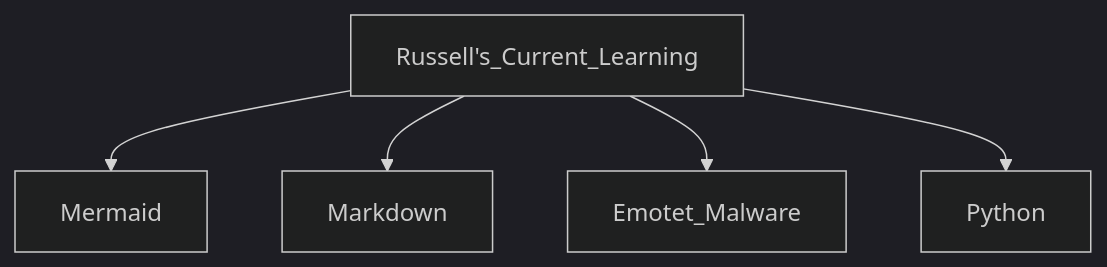
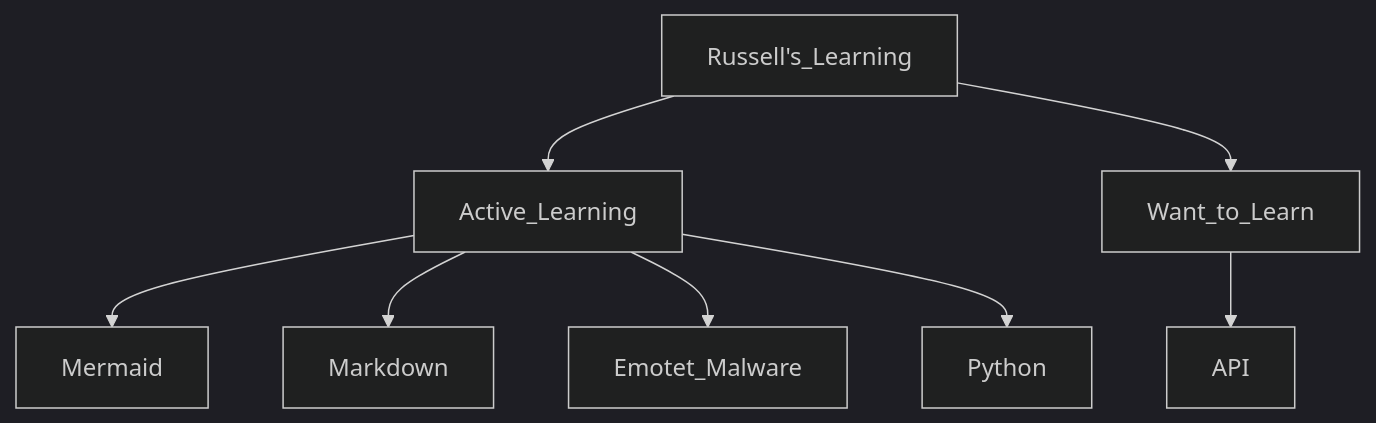
The diagram in _posts/2026-11-09-current-learning.md (jalar71/jalar71.github.io), drawn with Mermaid (dark theme) before and after one commit. The commit also changed other lines of this file, not shown here.

Commit message:
Revise Mermaid diagram for current learning
Updated the Mermaid diagram to reflect current learning topics.

````diff
--- a/_posts/2026-11-09-current-learning.md
+++ b/_posts/2026-11-09-current-learning.md
@@ -15,7 +15,10 @@
 ```mermaid
-graph TD
-Russell's_Current_Learning --> Mermaid
-Russell's_Current_Learning --> Markdown
-Russell's_Current_Learning --> Emotet_Malware
-Russell's_Current_Learning --> Python
+flowchart TD
+Russell's_Learning --> Active_Learning
+Russell's_Learning --> Want_to_Learn
+Want_to_Learn --> API
+Active_Learning --> Mermaid
+Active_Learning --> Markdown
+Active_Learning --> Emotet_Malware
+Active_Learning --> Python
 ```
````
